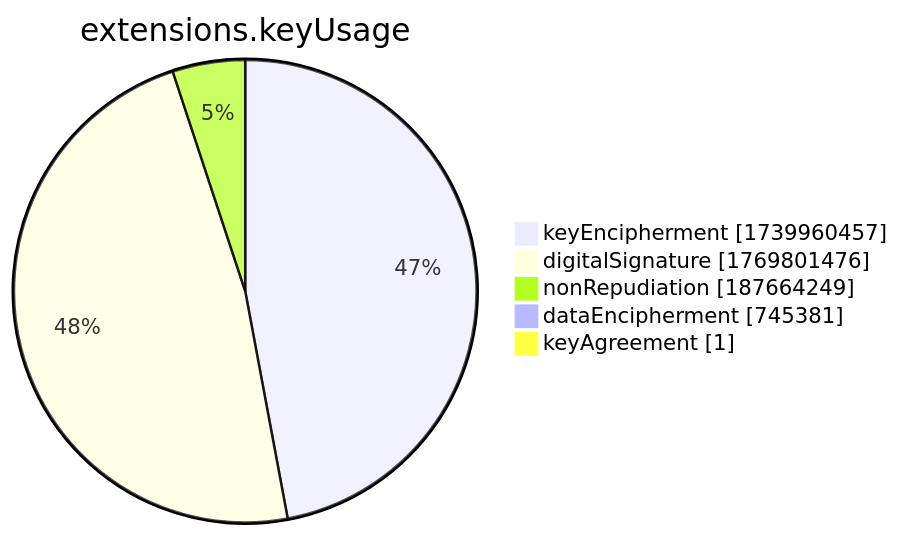
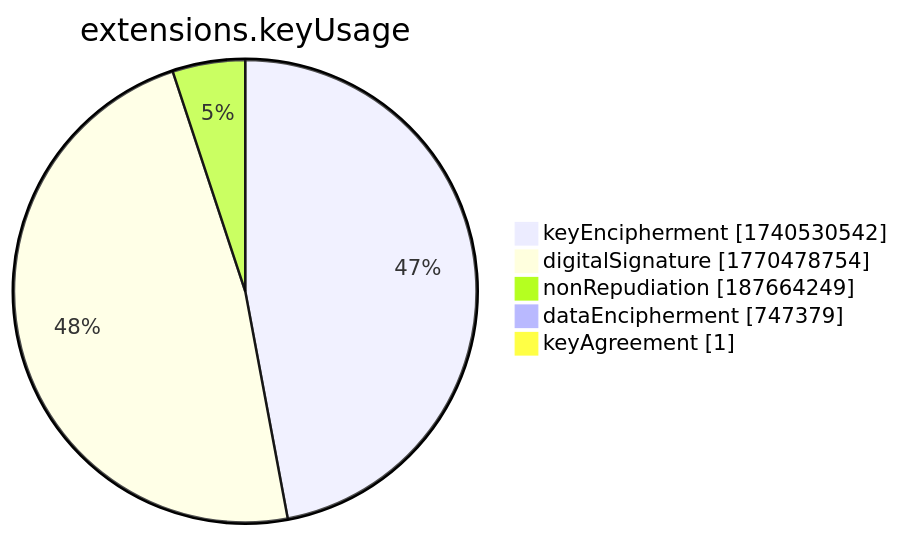
Before and after one commit to christiankrug/ctmonitor_visualization: the seventh of 15 diagrams in xenon2022/README.md, drawn with Mermaid. The commit also changed other lines of this file, not shown here.

````diff
--- a/xenon2022/README.md
+++ b/xenon2022/README.md
@@ -2859,9 +2859,9 @@
 ```mermaid
 pie showData
 title extensions.keyUsage
-"keyEncipherment" :1739960457
-"digitalSignature" :1769801476
+"keyEncipherment" :1740530542
+"digitalSignature" :1770478754
 "nonRepudiation" :187664249
-"dataEncipherment" :745381
+"dataEncipherment" :747379
 "keyAgreement" :1
 ```
````
